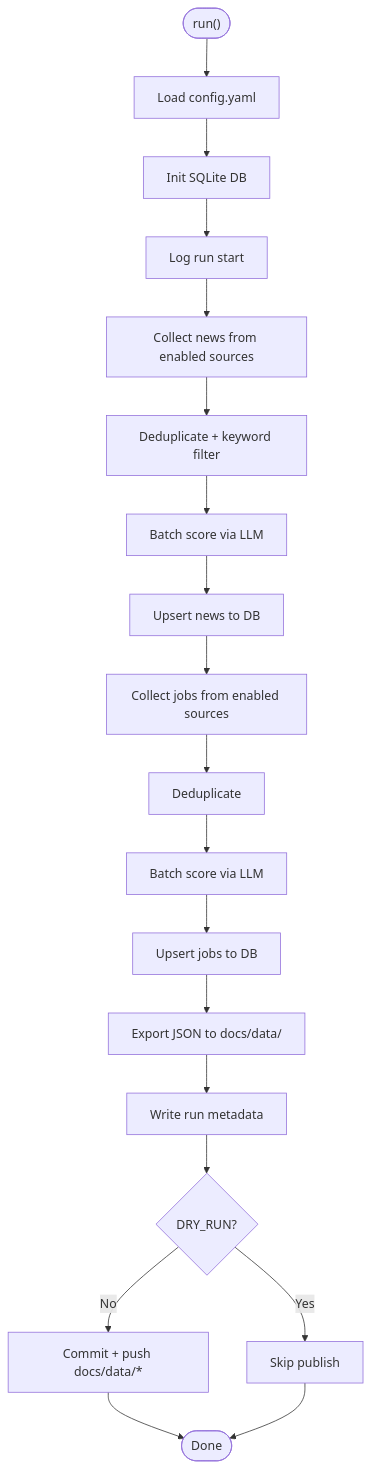
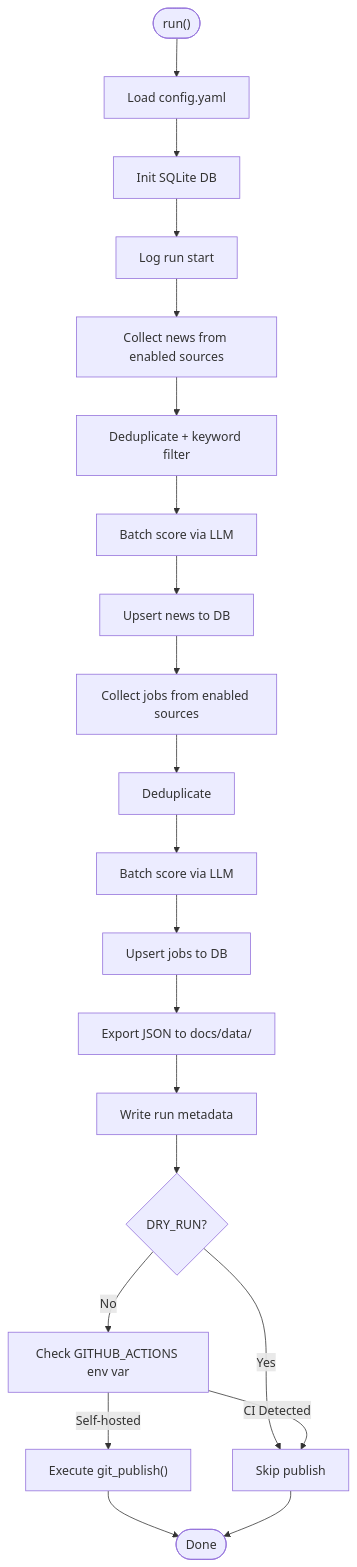
Before and after one commit to shakthi-vinayak/news: the seventh of 9 diagrams in .qoder/repowiki/en/content/Automation and Deployment/CI_CD Pipelines.md, drawn with Mermaid. The commit also changed other lines of this file and 55 other files, not shown here.

````diff
--- a/.qoder/repowiki/en/content/Automation and Deployment/CI_CD Pipelines.md
+++ b/.qoder/repowiki/en/content/Automation and Deployment/CI_CD Pipelines.md
@@ -267,21 +296,23 @@
 ```mermaid
 flowchart TD
 Start(["run()"]) --> LoadCfg["Load config.yaml"]
 LoadCfg --> InitDB["Init SQLite DB"]
 InitDB --> StartRun["Log run start"]
 StartRun --> CollectNews["Collect news from enabled sources"]
 CollectNews --> DedupNews["Deduplicate + keyword filter"]
 DedupNews --> ScoreNews["Batch score via LLM"]
 ScoreNews --> PersistNews["Upsert news to DB"]
 PersistNews --> CollectJobs["Collect jobs from enabled sources"]
 CollectJobs --> DedupJobs["Deduplicate"]
 DedupJobs --> ScoreJobs["Batch score via LLM"]
 ScoreJobs --> PersistJobs["Upsert jobs to DB"]
 PersistJobs --> Export["Export JSON to docs/data/"]
 Export --> FinishRun["Write run metadata"]
-FinishRun --> Publish{"DRY_RUN?"}
-Publish --> |No| GitPush["Commit + push docs/data/*"]
-Publish --> |Yes| Skip["Skip publish"]
-GitPush --> End(["Done"])
+FinishRun --> DryRun{"DRY_RUN?"}
+DryRun --> |No| EnvCheck["Check GITHUB_ACTIONS env var"]
+DryRun --> |Yes| Skip["Skip publish"]
+EnvCheck --> |CI Detected| Skip
+EnvCheck --> |Self-hosted| GitPublish["Execute git_publish()"]
+GitPublish --> End(["Done"])
 Skip --> End
 ```
````
